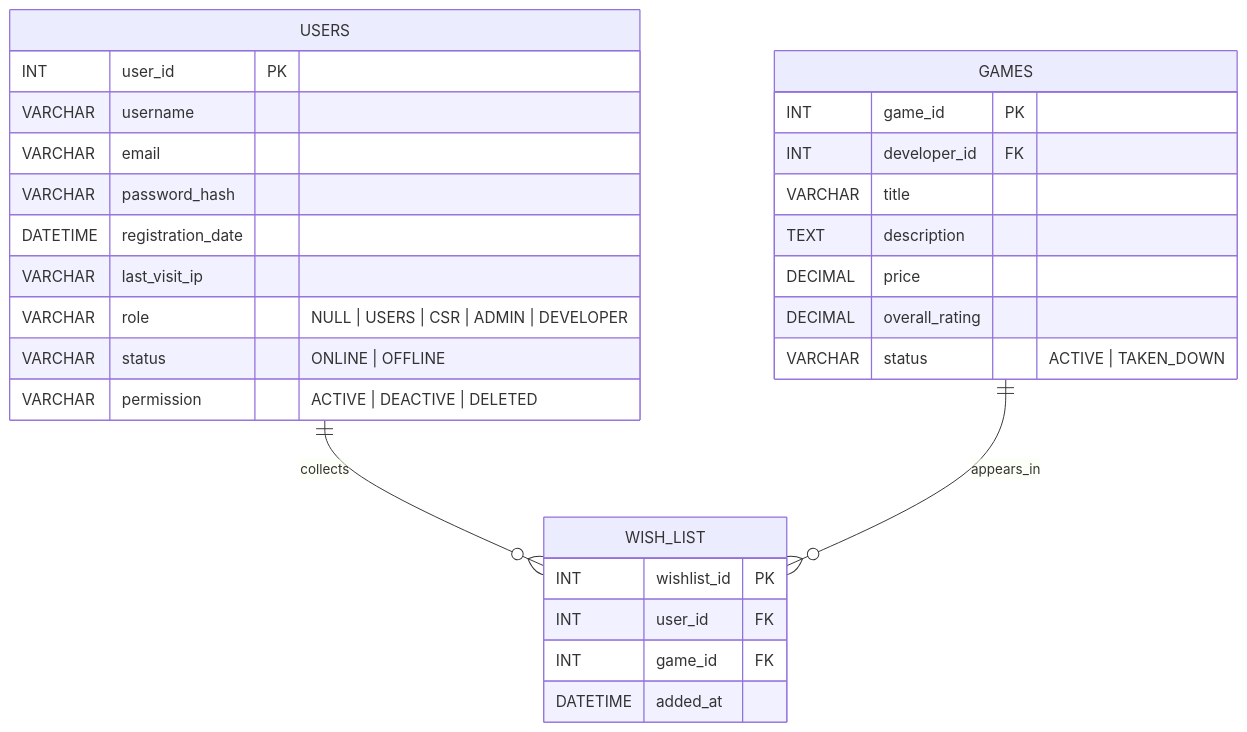
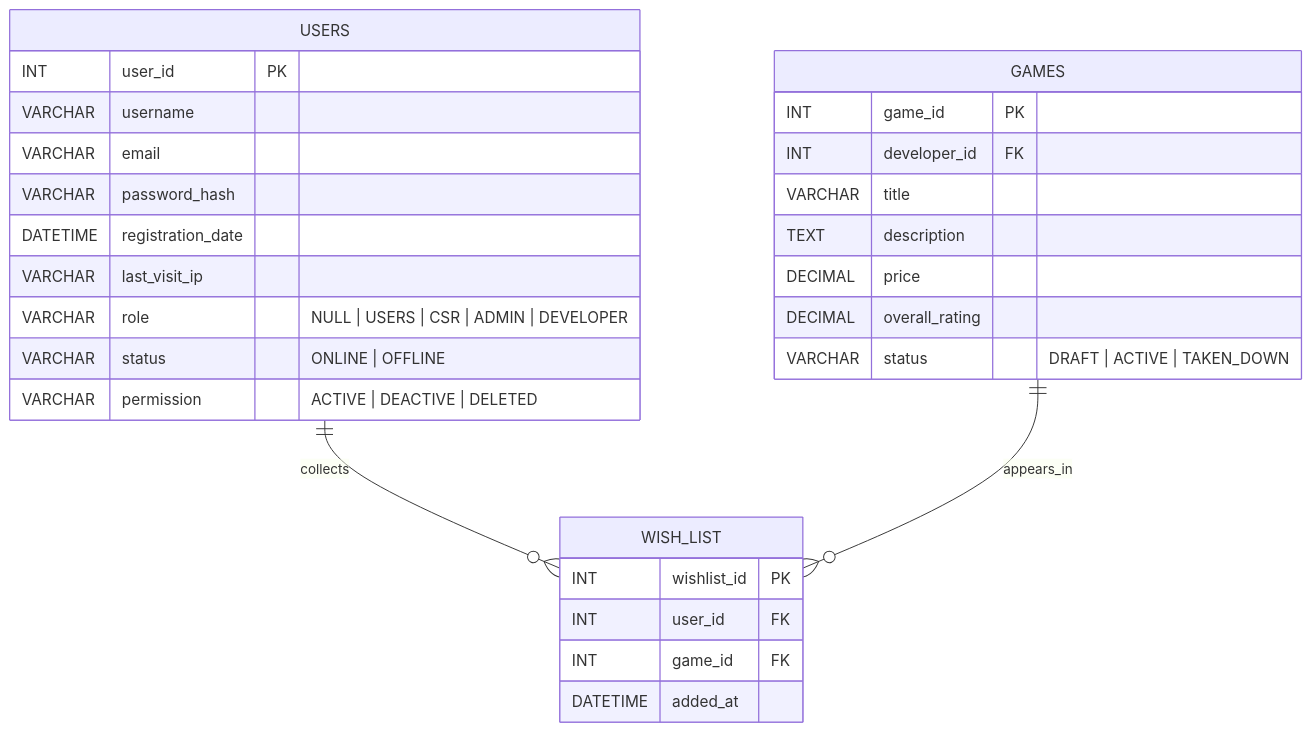
The diagram in mermaid/mermaid_modules/06_Wish_List.mermaid (willie6666/dbms), drawn with Mermaid before and after one commit. The commit also changed 19 other files, not shown here.

```diff
--- a/mermaid/mermaid_modules/06_Wish_List.mermaid
+++ b/mermaid/mermaid_modules/06_Wish_List.mermaid
@@ -1,30 +1,30 @@
 erDiagram
     USERS {
         INT user_id PK
         VARCHAR username
         VARCHAR email
         VARCHAR password_hash
         DATETIME registration_date
         VARCHAR last_visit_ip
         VARCHAR role "NULL | USERS | CSR | ADMIN | DEVELOPER"
         VARCHAR status "ONLINE | OFFLINE"
         VARCHAR permission "ACTIVE | DEACTIVE | DELETED"
     }
     GAMES {
         INT game_id PK
         INT developer_id FK
         VARCHAR title
         TEXT description
         DECIMAL price
         DECIMAL overall_rating
-        VARCHAR status "ACTIVE | TAKEN_DOWN"
+        VARCHAR status "DRAFT | ACTIVE | TAKEN_DOWN"
     }
     WISH_LIST {
         INT wishlist_id PK
         INT user_id FK
         INT game_id FK
         DATETIME added_at
     }
 
     USERS ||--o{ WISH_LIST : collects
     GAMES ||--o{ WISH_LIST : appears_in
```
